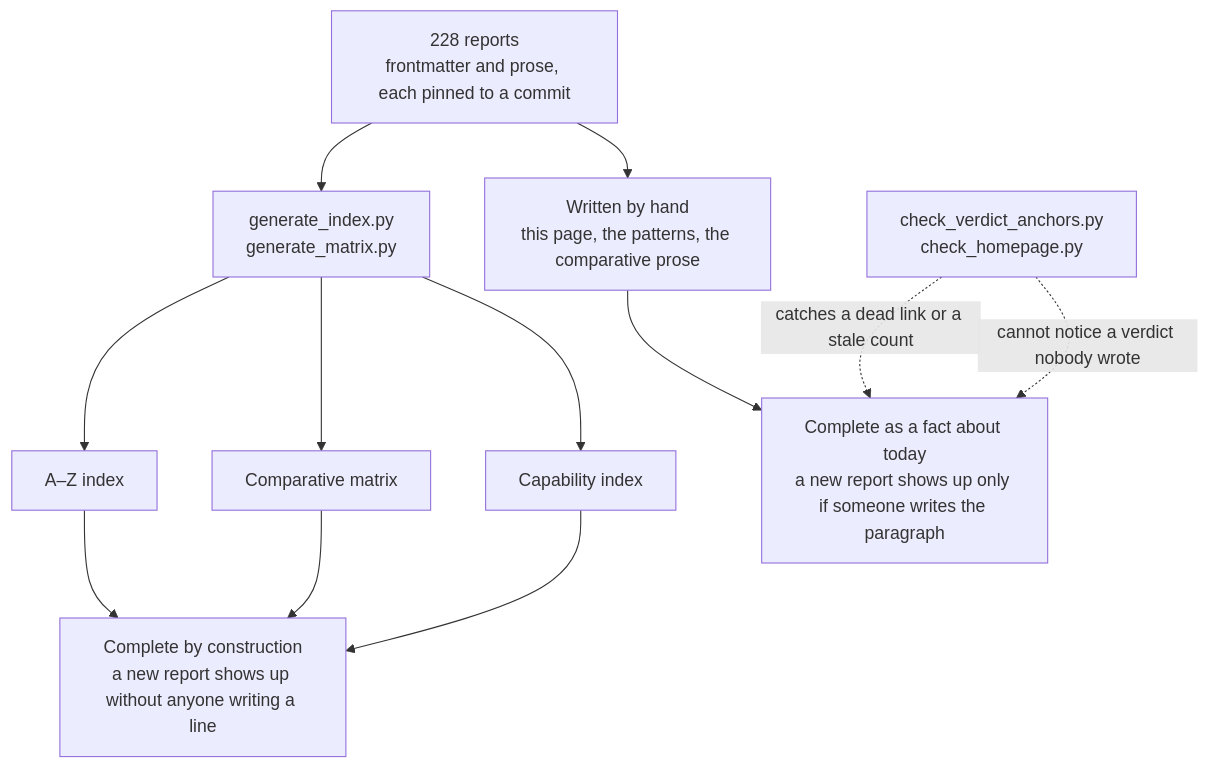
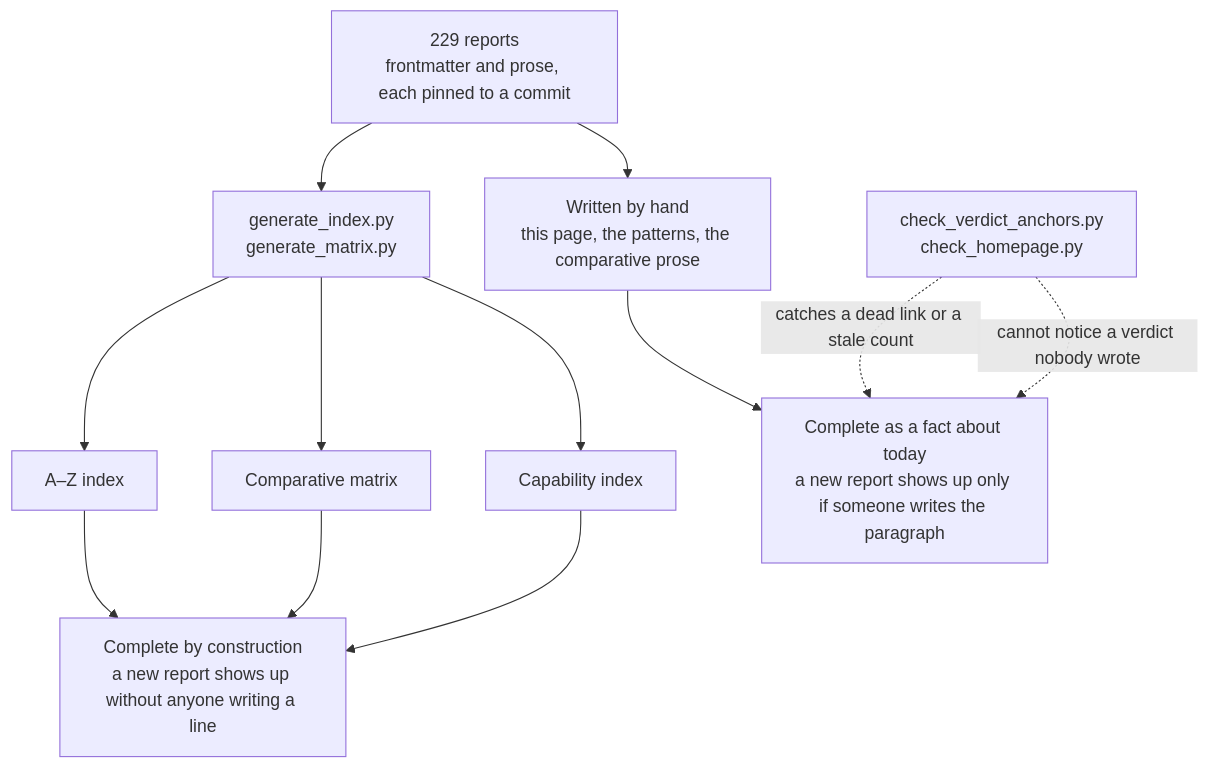
Before and after one commit to neoneye/agent-memory-atlas: the diagram in content/verdicts.md, drawn with Mermaid. The commit also changed other lines of this file and 19 other files, not shown here.

````diff
--- a/content/verdicts.md
+++ b/content/verdicts.md
@@ -40,15 +40,15 @@
 ```mermaid
 flowchart TD
-    R["228 reports<br/>frontmatter and prose, each pinned to a commit"]
+    R["229 reports<br/>frontmatter and prose, each pinned to a commit"]
     R --> GEN["generate_index.py<br/>generate_matrix.py"]
     R --> HAND["Written by hand<br/>this page, the patterns, the comparative prose"]
     GEN --> AZ["A–Z index"]
     GEN --> MX["Comparative matrix"]
     GEN --> CI["Capability index"]
     AZ --> CONST["Complete by construction<br/>a new report shows up without anyone writing a line"]
     MX --> CONST
     CI --> CONST
     HAND --> TODAY["Complete as a fact about today<br/>a new report shows up only if someone writes the paragraph"]
     CHK["check_verdict_anchors.py<br/>check_homepage.py"] -.->|"catches a dead link or a stale count"| TODAY
     CHK -.->|"cannot notice a verdict nobody wrote"| TODAY
 ```
````
